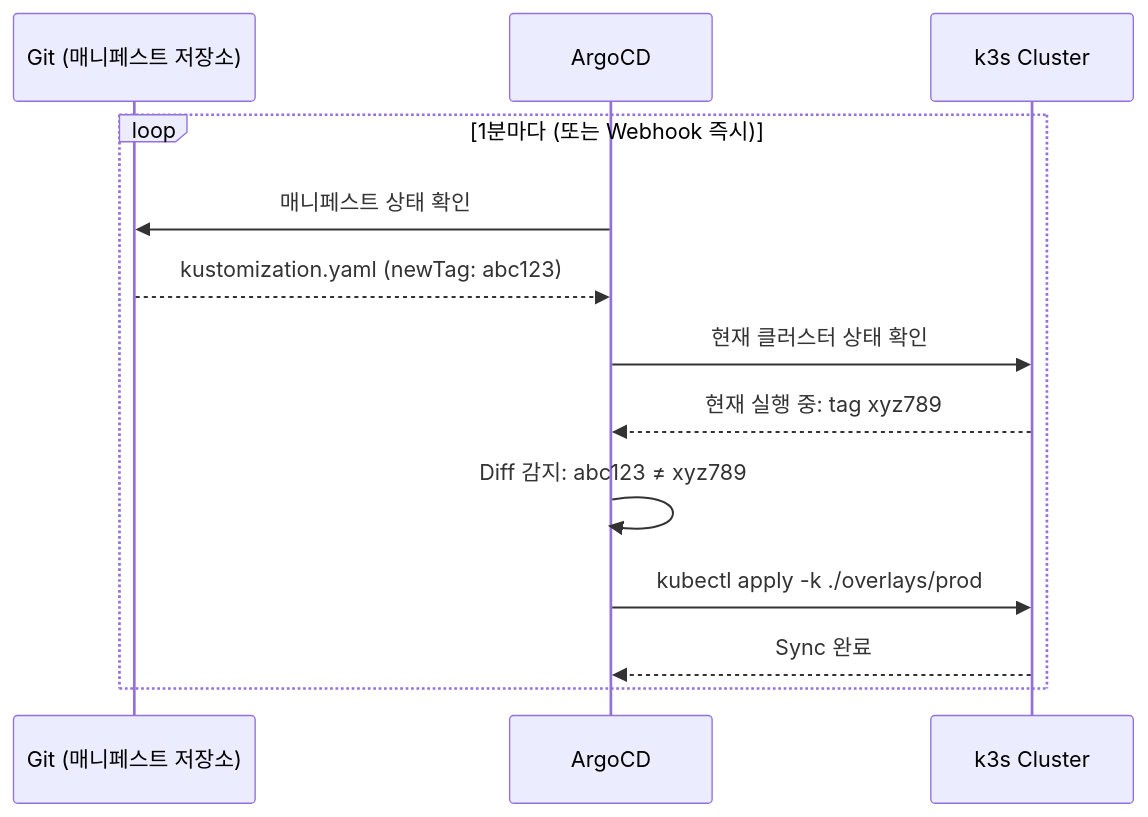
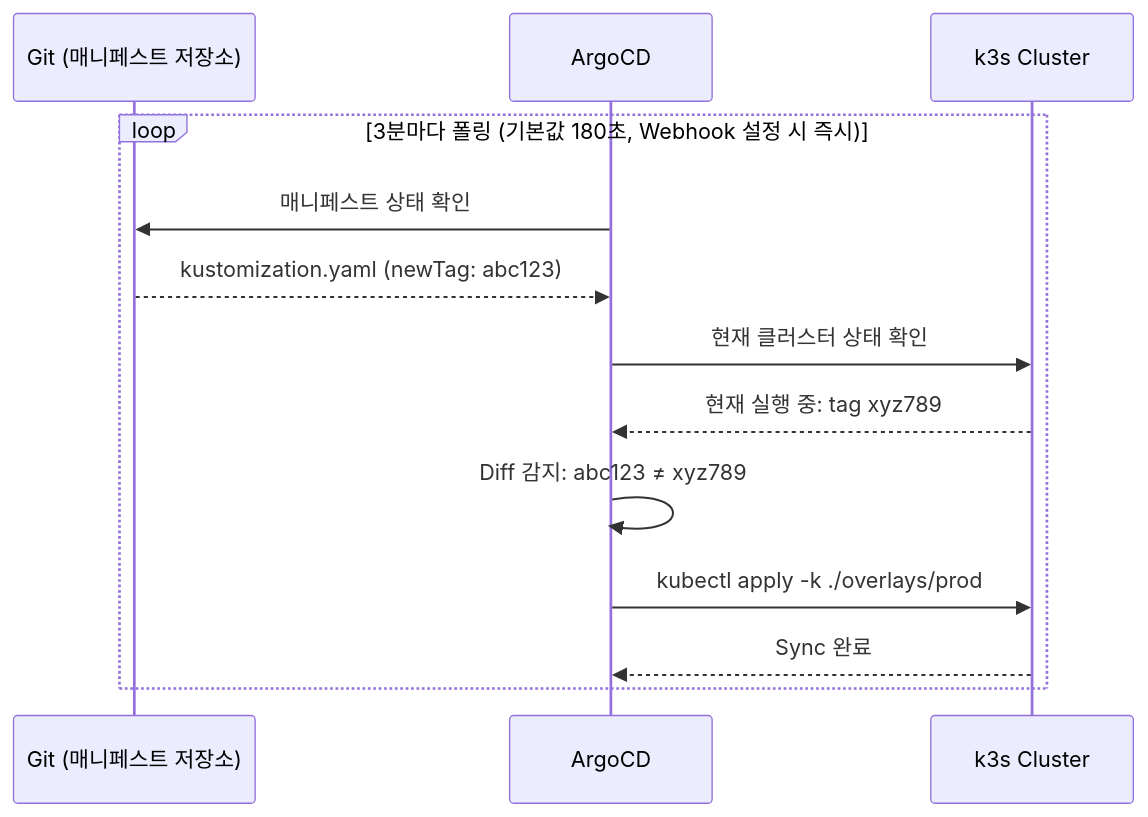
The third of 5 diagrams in posts/study/infra/gitops/jenkins-argocd-gitops.md (Seobway23/Seobway23.github.io), drawn with Mermaid before and after one commit. The commit also changed other lines of this file, not shown here.

````diff
--- a/posts/study/infra/gitops/jenkins-argocd-gitops.md
+++ b/posts/study/infra/gitops/jenkins-argocd-gitops.md
@@ -200,17 +207,17 @@
 ```mermaid
 %% desc: ArgoCD Sync 루프 — Git 상태와 클러스터 상태를 지속적으로 일치시킴
 sequenceDiagram
   participant G as Git (매니페스트 저장소)
   participant A as ArgoCD
   participant K as k3s Cluster
 
-  loop 1분마다 (또는 Webhook 즉시)
+  loop 3분마다 폴링 (기본값 180초, Webhook 설정 시 즉시)
     A->>G: 매니페스트 상태 확인
     G-->>A: kustomization.yaml (newTag: abc123)
     A->>K: 현재 클러스터 상태 확인
     K-->>A: 현재 실행 중: tag xyz789
     A->>A: Diff 감지: abc123 ≠ xyz789
     A->>K: kubectl apply -k ./overlays/prod
     K-->>A: Sync 완료
   end
 ```
````
